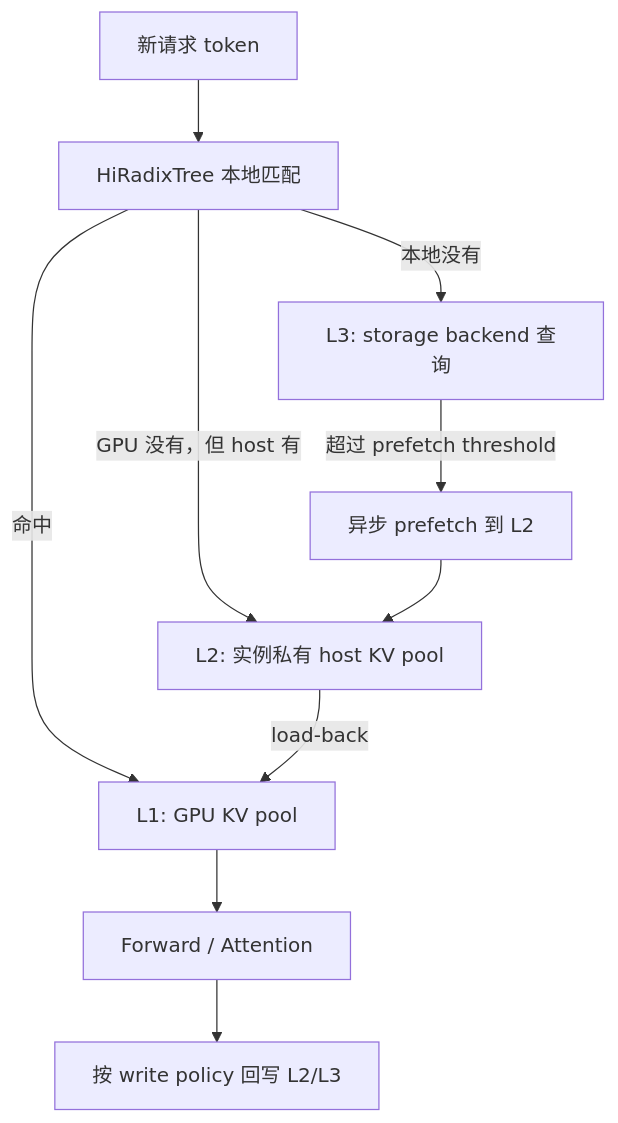
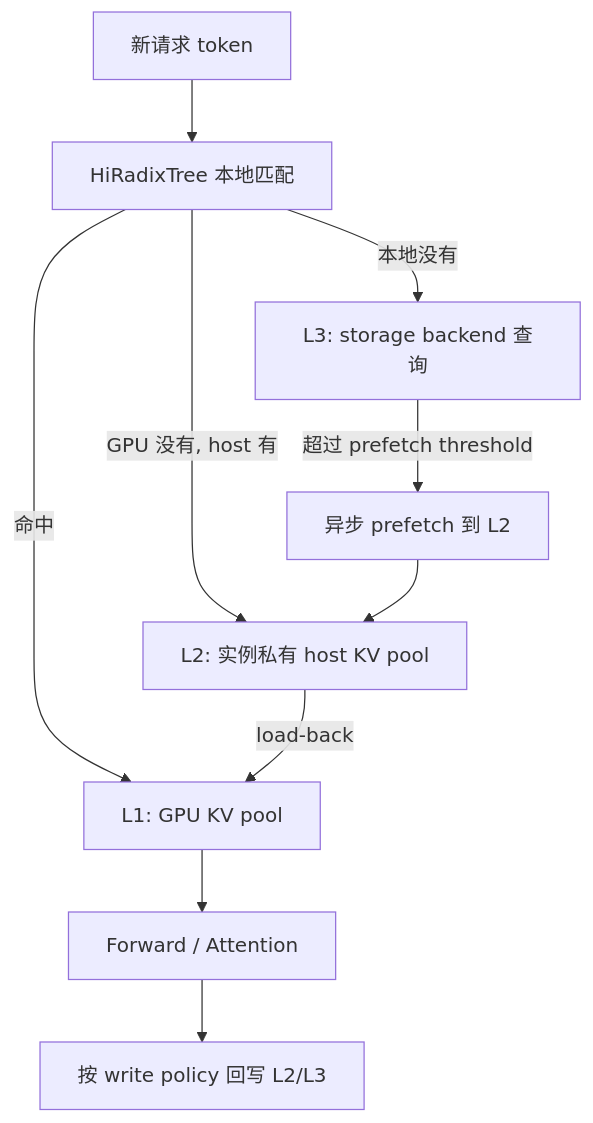
Before and after one commit to GentleCold/GentleCold.github.io: the first of 7 diagrams in source/_posts/sglang-hicache-design-deep-dive.md, drawn with Mermaid.

Commit message:
fix mermaid label formatting

````diff
--- a/source/_posts/sglang-hicache-design-deep-dive.md
+++ b/source/_posts/sglang-hicache-design-deep-dive.md
@@ -15,12 +15,12 @@
 ```mermaid
 flowchart TB
     R[新请求 token] --> T[HiRadixTree 本地匹配]
     T -->|命中| L1[L1: GPU KV pool]
-    T -->|GPU 没有，但 host 有| L2[L2: 实例私有 host KV pool]
+    T -->|GPU 没有, host 有| L2[L2: 实例私有 host KV pool]
     T -->|本地没有| Q[L3: storage backend 查询]
     Q -->|超过 prefetch threshold| P[异步 prefetch 到 L2]
     P --> L2
     L2 -->|load-back| L1
     L1 --> A[Forward / Attention]
     A --> W[按 write policy 回写 L2/L3]
 ```
````
